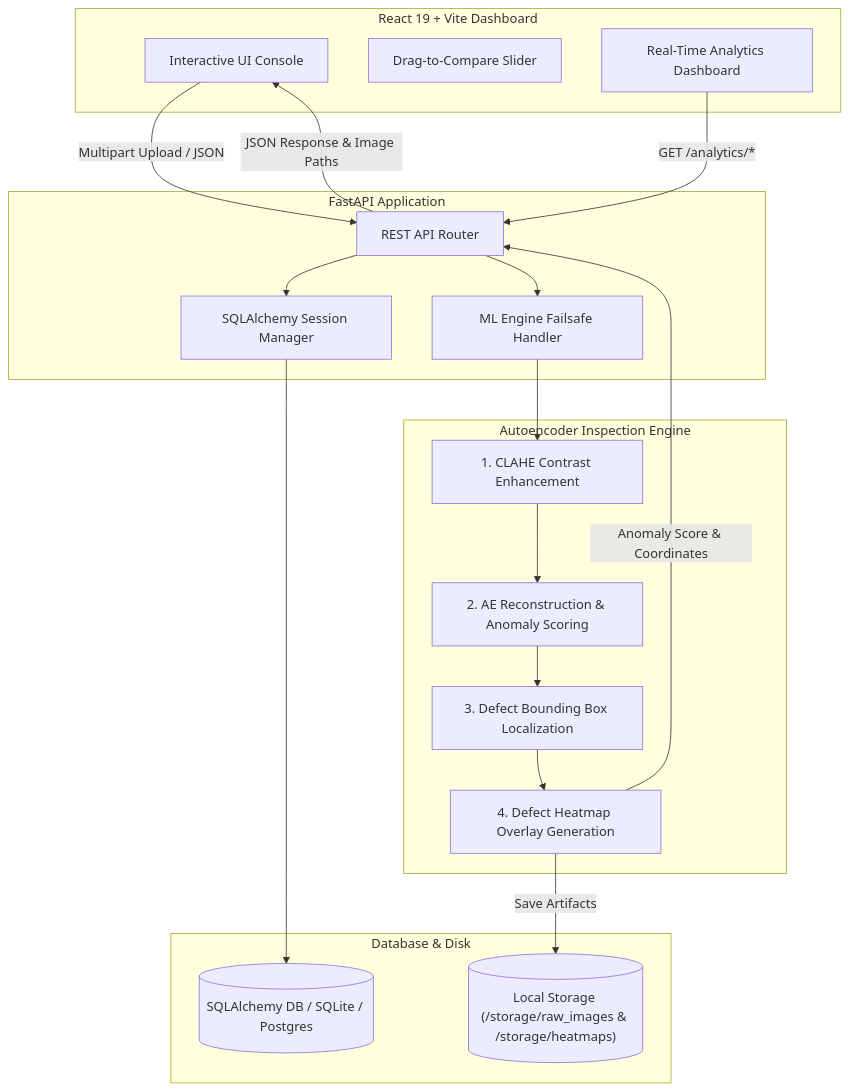
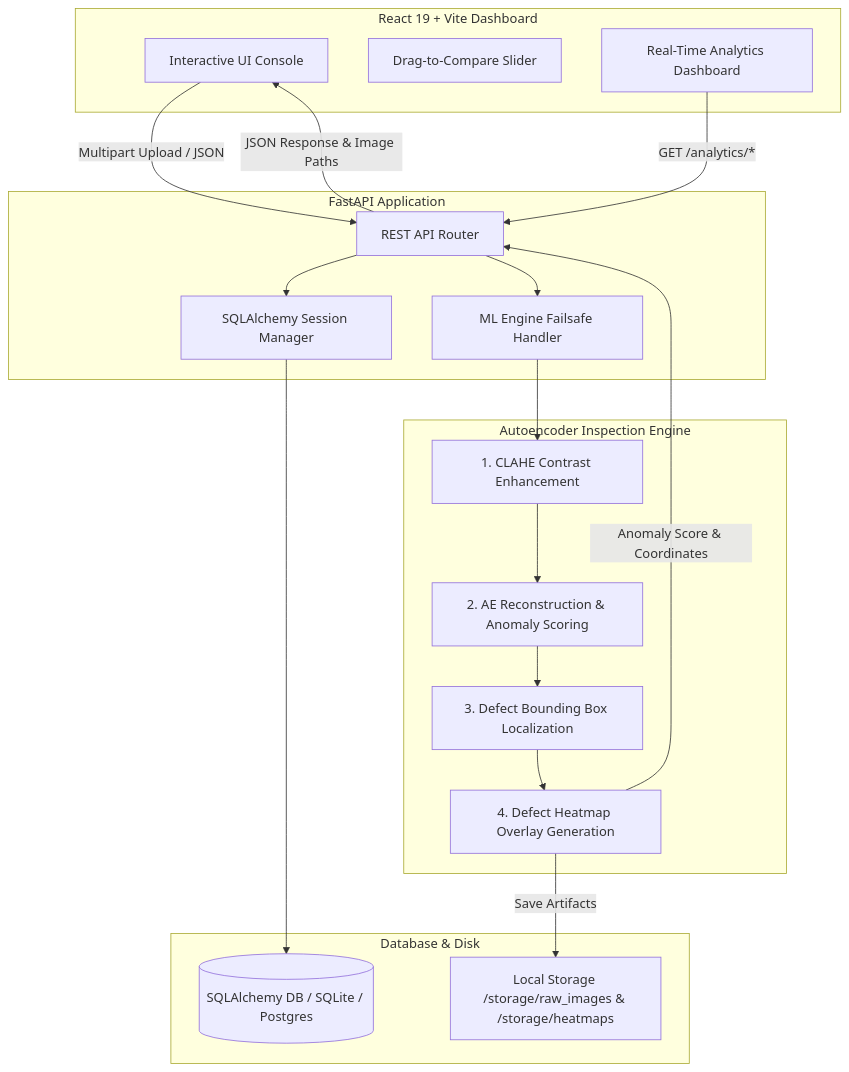
The diagram in README.md (GKSJ-Deepvision/VisionInspectAI), drawn with Mermaid before and after one commit. The commit also changed other lines of this file, not shown here.

````diff
--- a/README.md
+++ b/README.md
@@ -14,37 +9,37 @@
 ```mermaid
-graph TD
-    subgraph Frontend Layer ["React 19 + Vite Dashboard"]
-        UI[Interactive UI Console]
-        Slider[Drag-to-Compare Slider]
-        Metrics[Real-Time Analytics Dashboard]
-    end
-
-    subgraph API Layer ["FastAPI Application"]
-        Router[REST API Router]
-        DB_Dep[SQLAlchemy Session Manager]
-        Failsafe[ML Engine Failsafe Handler]
-    end
-
-    subgraph ML Vision Pipeline ["Autoencoder Inspection Engine"]
-        Pre[1. CLAHE Contrast Enhancement]
-        AE[2. AE Reconstruction & Anomaly Scoring]
-        BBox[3. Defect Bounding Box Localization]
-        Heatmap[4. Defect Heatmap Overlay Generation]
-    end
-
-    subgraph Storage & Persistence ["Database & Disk"]
-        DB[(SQLAlchemy DB / SQLite / Postgres)]
-        Disk[("Local Storage (/storage/raw_images & /storage/heatmaps)")]
-    end
-
-    UI -->|Multipart Upload / JSON| Router
-    Router --> DB_Dep
-    DB_Dep --> DB
-    Router --> Failsafe
-    Failsafe --> Pre
-    Pre --> AE --> BBox --> Heatmap
-    Heatmap -->|Save Artifacts| Disk
-    Heatmap -->|Anomaly Score & Coordinates| Router
-    Router -->|JSON Response & Image Paths| UI
+graph TD 
+    subgraph Frontend[React 19 + Vite Dashboard]
+        UI[Interactive UI Console] 
+        Slider[Drag-to-Compare Slider] 
+        Metrics[Real-Time Analytics Dashboard] 
+    end 
+ 
+    subgraph API[FastAPI Application]
+        Router[REST API Router] 
+        DB_Dep[SQLAlchemy Session Manager] 
+        Failsafe[ML Engine Failsafe Handler] 
+    end 
+ 
+    subgraph ML_Pipeline[Autoencoder Inspection Engine]
+        Pre[1. CLAHE Contrast Enhancement] 
+        AE[2. AE Reconstruction & Anomaly Scoring] 
+        BBox[3. Defect Bounding Box Localization] 
+        Heatmap[4. Defect Heatmap Overlay Generation] 
+    end 
+ 
+    subgraph Storage[Database & Disk]
+        DB[(SQLAlchemy DB / SQLite / Postgres)] 
+        Disk[Local Storage /storage/raw_images & /storage/heatmaps] 
+    end 
+ 
+    UI -->|Multipart Upload / JSON| Router 
+    Router --> DB_Dep 
+    DB_Dep --> DB 
+    Router --> Failsafe 
+    Failsafe --> Pre 
+    Pre --> AE --> BBox --> Heatmap 
+    Heatmap -->|Save Artifacts| Disk 
+    Heatmap -->|Anomaly Score & Coordinates| Router 
+    Router -->|JSON Response & Image Paths| UI 
     Metrics -->|GET /analytics/*| Router
 ```
````
